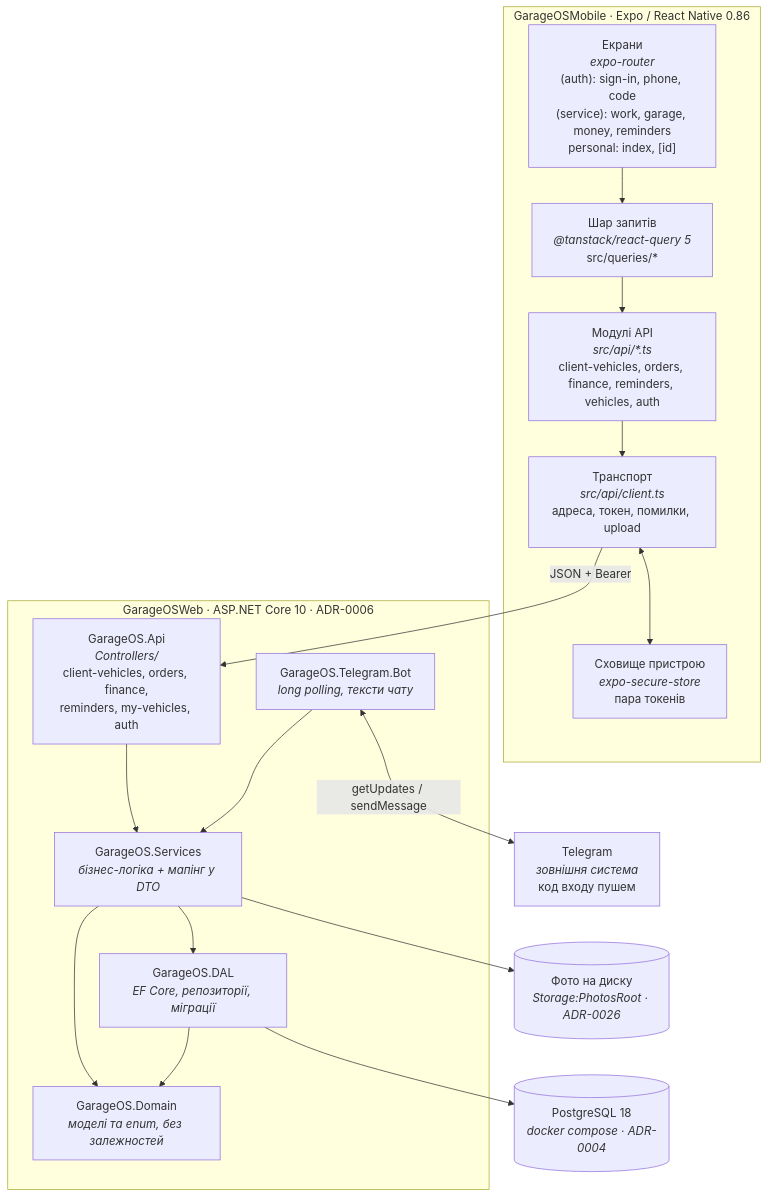
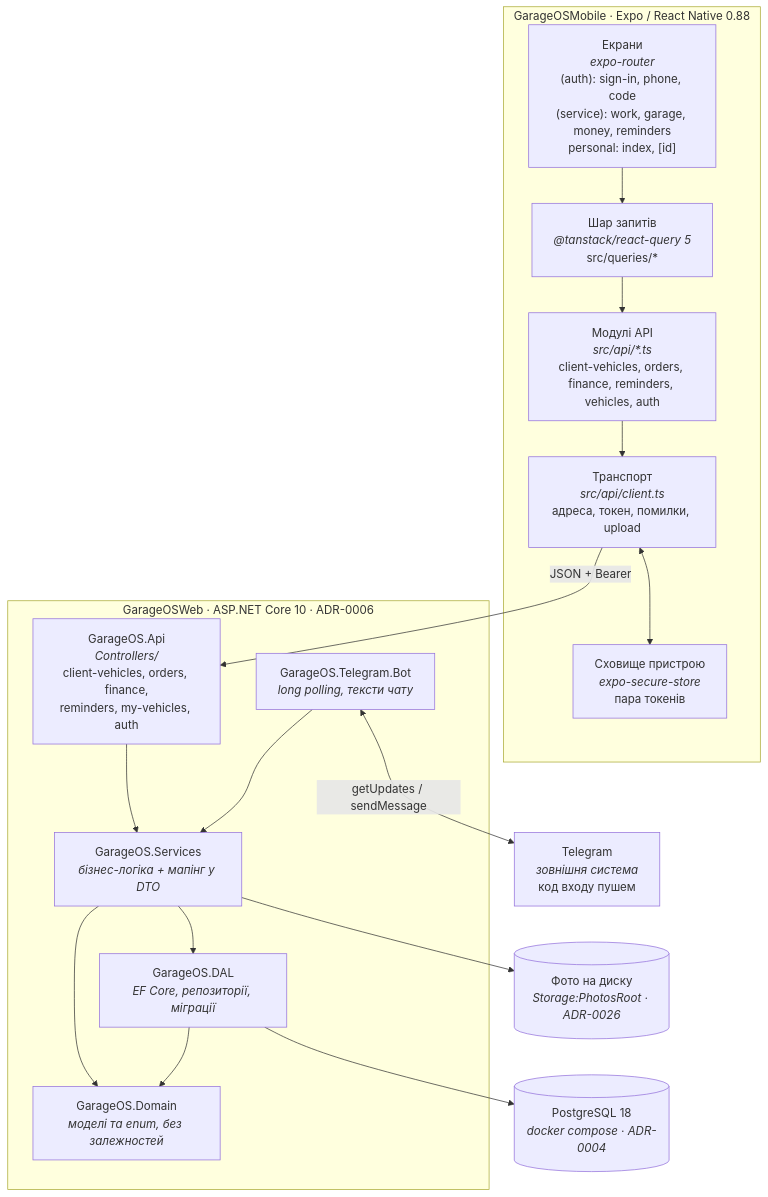
One commit to maksymkrat/GarageOS changed the diagram in docs/atlas/01-containers.md. Above: the diagram before and after it, drawn with Mermaid. The commit also changed other lines of this file and 10 other files, not shown here.

Commit message:
mobile: move to Expo SDK 58, React Native 0.88

````diff
--- a/docs/atlas/01-containers.md
+++ b/docs/atlas/01-containers.md
@@ -5,36 +5,36 @@
 ```mermaid
 flowchart TB
-    subgraph client["GarageOSMobile · Expo / React Native 0.86"]
+    subgraph client["GarageOSMobile · Expo / React Native 0.88"]
         screens["Екрани<br/><i>expo-router</i><br/>(auth): sign-in, phone, code<br/>(service): work, garage, money, reminders<br/>personal: index, [id]"]
         queries["Шар запитів<br/><i>@tanstack/react-query 5</i><br/>src/queries/*"]
         apimod["Модулі API<br/><i>src/api/*.ts</i><br/>client-vehicles, orders, finance, reminders, vehicles, auth"]
         http["Транспорт<br/><i>src/api/client.ts</i><br/>адреса, токен, помилки, upload"]
         store["Сховище пристрою<br/><i>expo-secure-store</i><br/>пара токенів"]
     end
 
     subgraph server["GarageOSWeb · ASP.NET Core 10 · ADR-0006"]
         ctrl["GarageOS.Api<br/><i>Controllers/</i><br/>client-vehicles, orders, finance,<br/>reminders, my-vehicles, auth"]
         svc["GarageOS.Services<br/><i>бізнес-логіка + мапінг у DTO</i>"]
         dom["GarageOS.Domain<br/><i>моделі та enum, без залежностей</i>"]
         data["GarageOS.DAL<br/><i>EF Core, репозиторії, міграції</i>"]
         bot["GarageOS.Telegram.Bot<br/><i>long polling, тексти чату</i>"]
     end
 
     db[("PostgreSQL 18<br/><i>docker compose · ADR-0004</i>")]
     photos[("Фото на диску<br/><i>Storage:PhotosRoot · ADR-0026</i>")]
     tg["Telegram<br/><i>зовнішня система</i><br/>код входу пушем"]
 
     screens --> queries
     queries --> apimod
     apimod --> http
     http -->|JSON + Bearer| ctrl
     http <--> store
     ctrl --> svc
     svc --> data
     svc --> dom
     svc --> photos
     bot --> svc
     bot <-->|getUpdates / sendMessage| tg
     data --> dom
     data --> db
 ```
````
